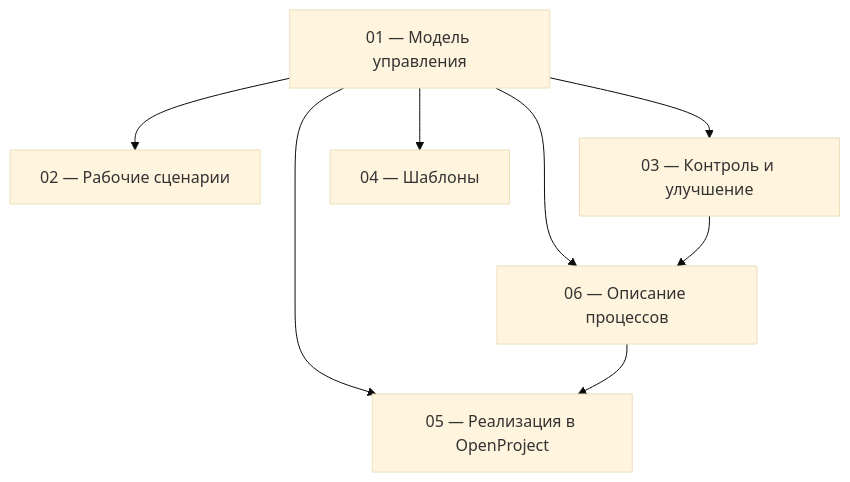
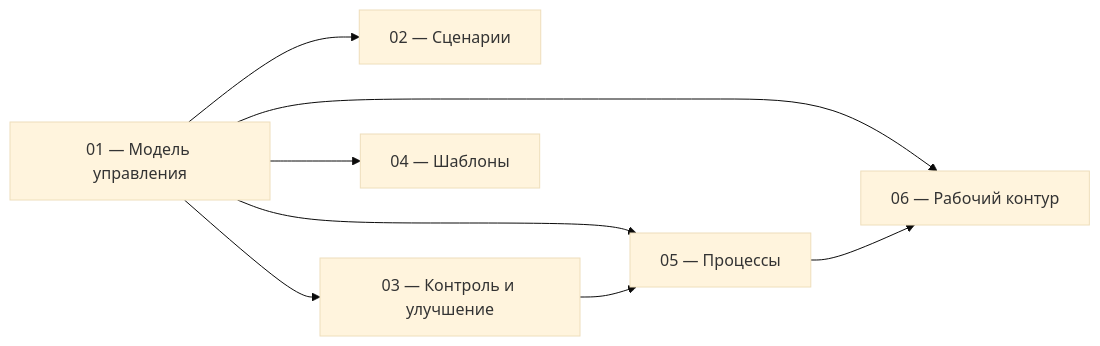
Before and after one commit to lazuale/department: the diagram in README.md, drawn with Mermaid (base theme). The commit also changed other lines of this file and 8 other files, not shown here.

````diff
--- a/README.md
+++ b/README.md
@@ -50,10 +32,10 @@
 ```mermaid
-flowchart TD
-    M[01 — Модель управления] --> S[02 — Рабочие сценарии]
+flowchart LR
+    M[01 — Модель управления] --> S[02 — Сценарии]
     M --> C[03 — Контроль и улучшение]
     M --> T[04 — Шаблоны]
-    M --> O[05 — Реализация в OpenProject]
-    M --> P[06 — Описание процессов]
+    M --> P[05 — Процессы]
+    M --> O[06 — Рабочий контур]
     C --> P
     P --> O
 ```
````
